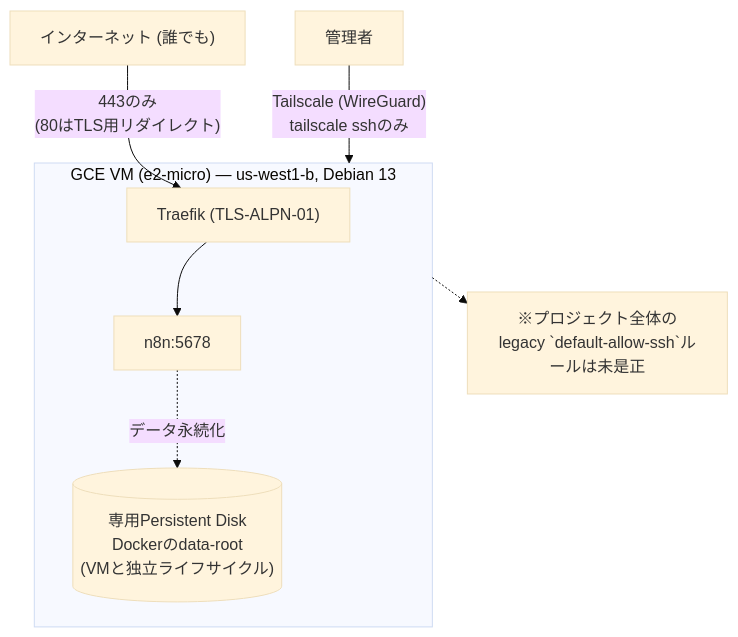
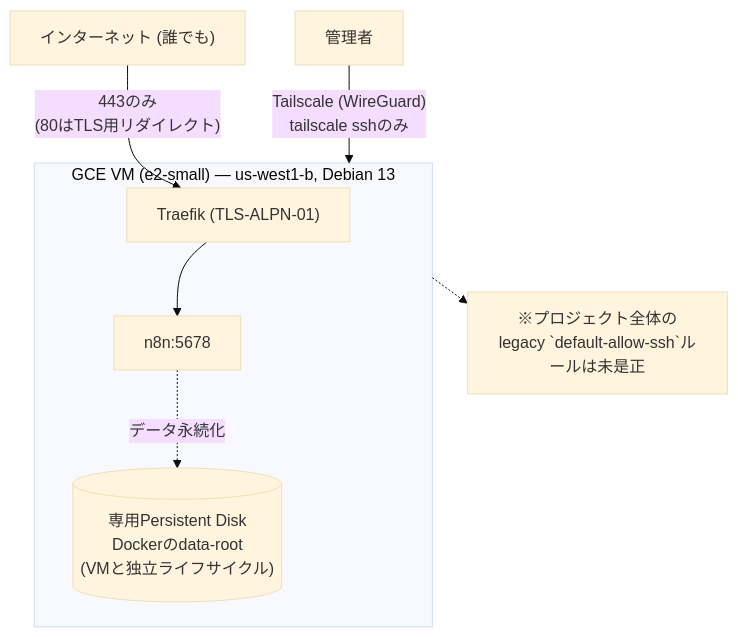
The diagram in README.ja.md (kuchida1981/n8n-ops), drawn with Mermaid (base theme) before and after one commit. The commit also changed 2 other files, not shown here.

Commit message:
Resize n8n VM from e2-micro to e2-small
e2-micro (1GB) thrashes swap on n8n 2.41.x: iowait ~78%, DB pings time
out ("Database is not ready!"), and restarting only helps for minutes.
Add allow_stopping_for_update so the provider can change machine_type
on the running instance.

````diff
--- a/README.ja.md
+++ b/README.ja.md
@@ -16,24 +16,24 @@
 ```mermaid
 flowchart TB
     internet["インターネット (誰でも)"]
     admin["管理者"]
 
-    subgraph vm["GCE VM (e2-micro) — us-west1-b, Debian 13"]
+    subgraph vm["GCE VM (e2-small) — us-west1-b, Debian 13"]
         traefik["Traefik (TLS-ALPN-01)"]
         n8n["n8n:5678"]
         disk[("専用Persistent Disk
         Dockerのdata-root
         (VMと独立ライフサイクル)")]
 
         traefik --> n8n
         n8n -.データ永続化.-> disk
     end
 
     internet -- "443のみ
     (80はTLS用リダイレクト)" --> traefik
     admin -- "Tailscale (WireGuard)
     tailscale sshのみ" --> vm
 
     note["※プロジェクト全体のlegacy `default-allow-ssh`ルールは未是正"]
     vm -.-> note
 ```
````
